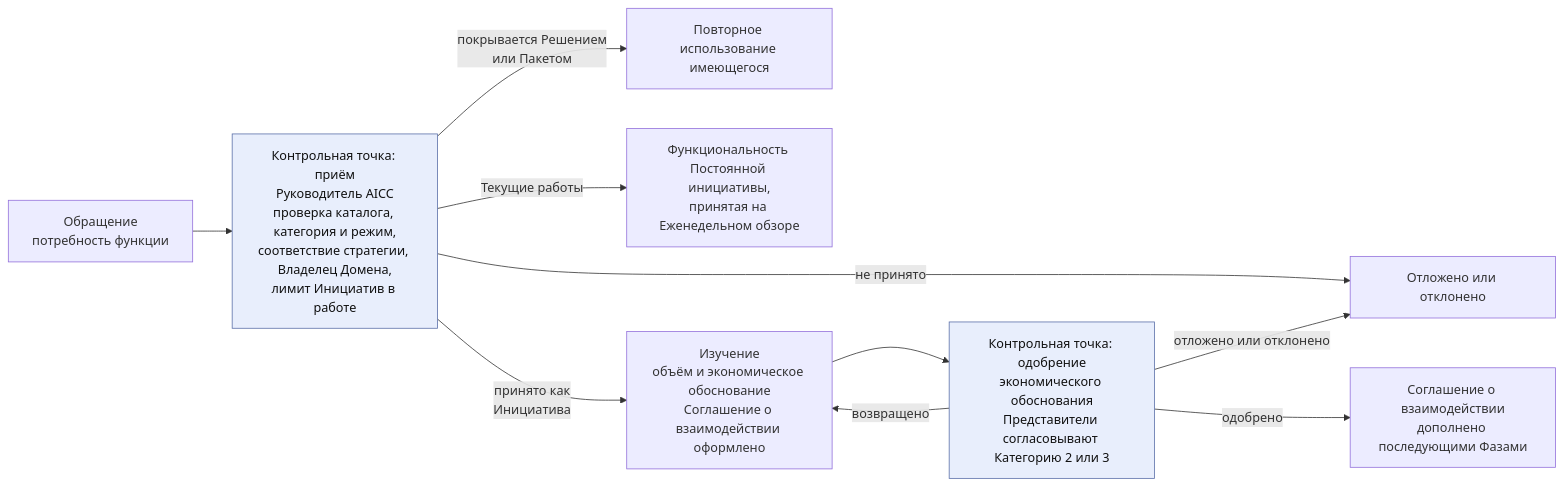
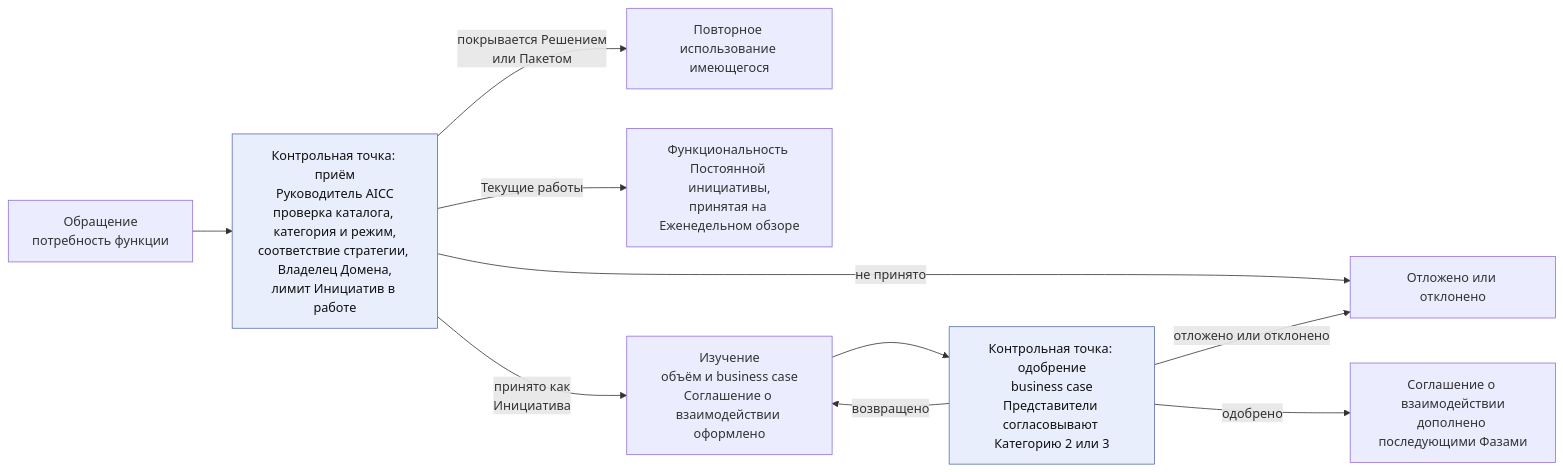
The first of 3 diagrams in charter/ru/workflows/engagement.md (devhogu/ob-aicc), drawn with Mermaid before and after one commit. The commit also changed other lines of this file and 768 other files, not shown here.

````diff
--- a/charter/ru/workflows/engagement.md
+++ b/charter/ru/workflows/engagement.md
@@ -21,14 +21,14 @@
 ```mermaid
 flowchart LR
   C["Обращение<br/>потребность функции"] --> IN["Контрольная точка: приём<br/>Руководитель AICC<br/>проверка каталога, категория и режим,<br/>соответствие стратегии, Владелец Домена,<br/>лимит Инициатив в работе"]
   IN -->|"покрывается Решением<br/>или Пакетом"| RU["Повторное использование имеющегося"]
   IN -->|"Текущие работы"| RR["Функциональность Постоянной инициативы,<br/>принятая на Еженедельном обзоре"]
-  IN -->|"принято как<br/>Инициатива"| ST["Изучение<br/>объём и экономическое обоснование<br/>Соглашение о взаимодействии оформлено"]
+  IN -->|"принято как<br/>Инициатива"| ST["Изучение<br/>объём и business case<br/>Соглашение о взаимодействии оформлено"]
   IN -->|"не принято"| DR["Отложено или отклонено"]
-  ST --> AP["Контрольная точка: одобрение<br/>экономического обоснования<br/>Представители согласовывают Категорию 2 или 3"]
+  ST --> AP["Контрольная точка: одобрение<br/>business case<br/>Представители согласовывают Категорию 2 или 3"]
   AP -->|"возвращено"| ST
   AP -->|"отложено или отклонено"| DR
   AP -->|"одобрено"| SA["Соглашение о взаимодействии<br/>дополнено последующими Фазами"]
   classDef gate fill:#e8eefc,stroke:#5a6fa8,color:#111
   class IN,AP gate
 ```
````
